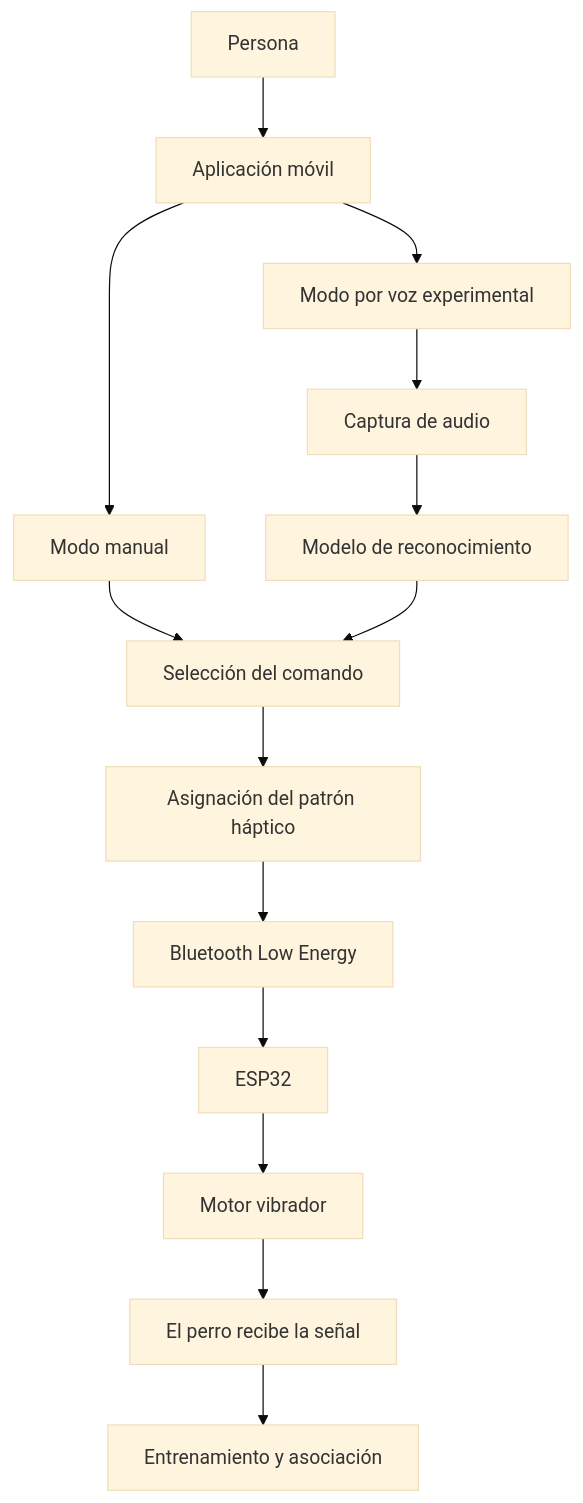
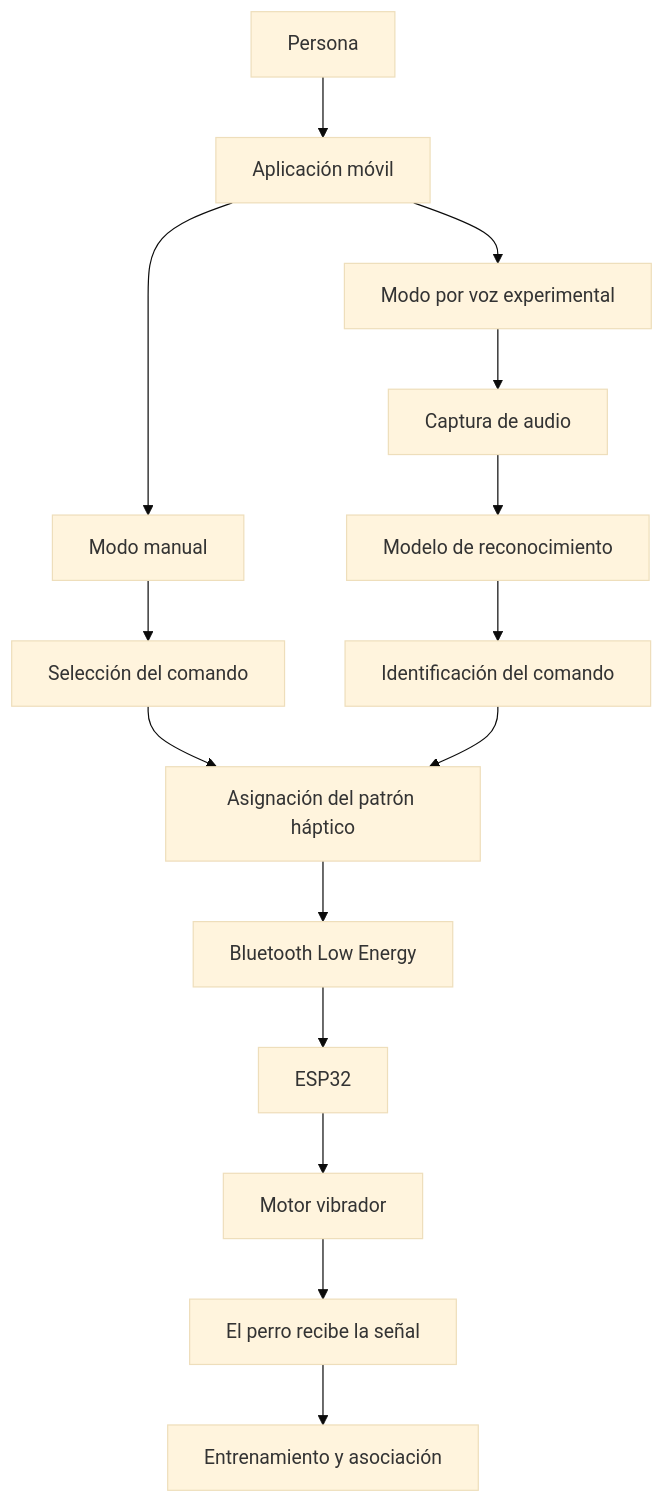
Before and after one commit to LOLA-1980/smartleash: the diagram in README.md, drawn with Mermaid (base theme). The commit also changed other lines of this file, not shown here.

Commit message:
Fix Mermaid architecture diagram

````diff
--- a/README.md
+++ b/README.md
@@ -178,19 +178,17 @@
 ```mermaid
-flowchart TD
-    A["Persona"] --> B["Aplicación móvil"]
-
-    B --> C["Modo manual"]
-    B --> D["Modo por voz experimental"]
-
-    C --> E["Selección del comando"]
-    D --> F["Captura de audio"]
-    F --> G["Modelo de reconocimiento"]
-    G --> E
-
-    E --> H["Asignación del patrón háptico"]
-    H --> I["Bluetooth Low Energy"]
-    I --> J["ESP32"]
-    J --> K["Motor vibrador"]
-    K --> L["El perro recibe la señal"]
-    L --> M["Entrenamiento y asociación"]
+graph TD
+    A[Persona] --> B[Aplicación móvil]
+    B --> C[Modo manual]
+    B --> D[Modo por voz experimental]
+    C --> E[Selección del comando]
+    D --> F[Captura de audio]
+    F --> G[Modelo de reconocimiento]
+    G --> H[Identificación del comando]
+    E --> I[Asignación del patrón háptico]
+    H --> I
+    I --> J[Bluetooth Low Energy]
+    J --> K[ESP32]
+    K --> L[Motor vibrador]
+    L --> M[El perro recibe la señal]
+    M --> N[Entrenamiento y asociación]
 ```
````
